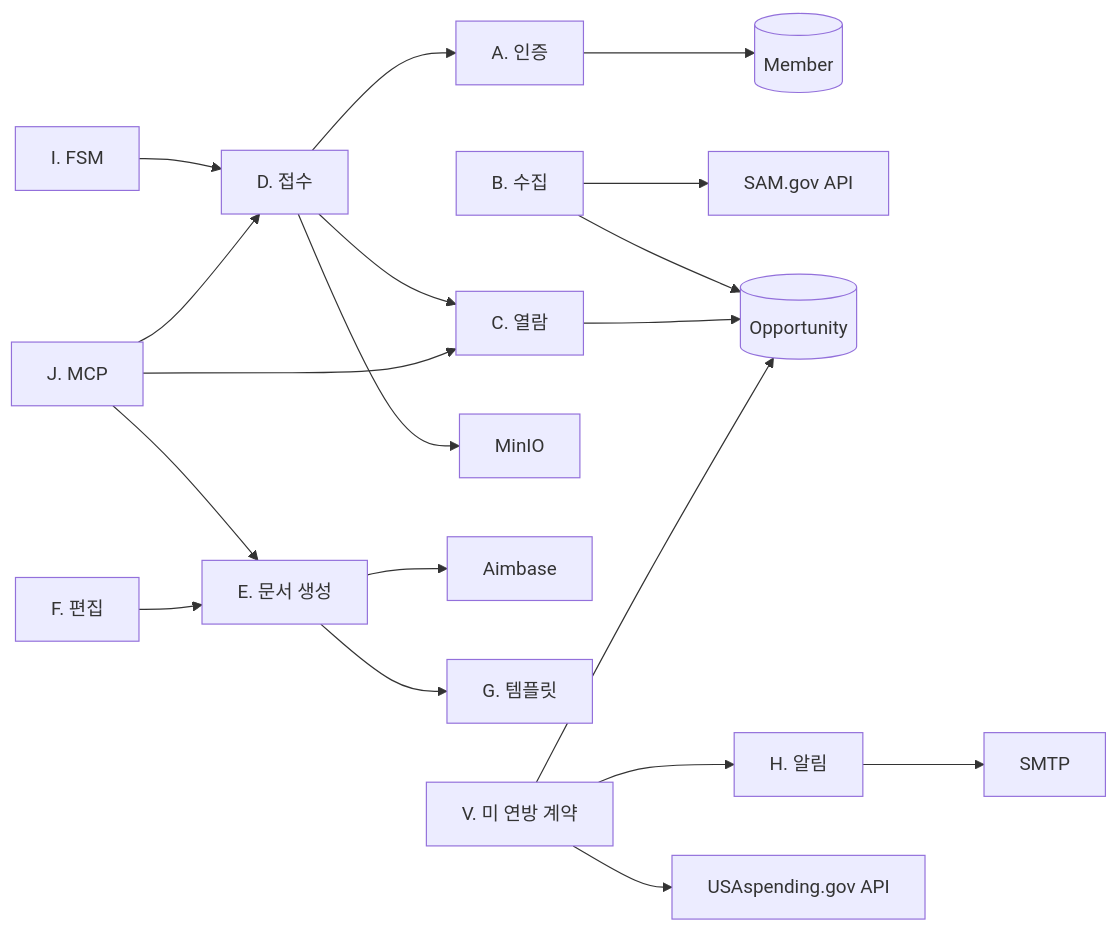
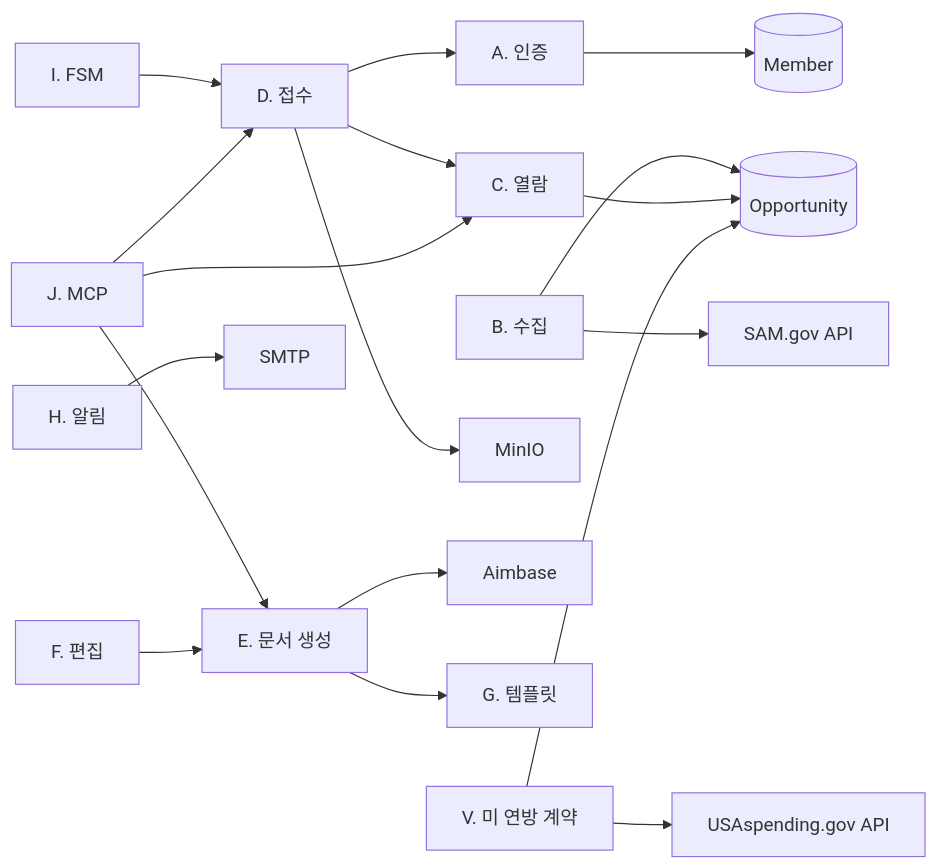
One commit to johnnykim7/wjbid changed the first of 2 diagrams in docs/execution-spec.md. Above: the diagram before and after it, drawn with Mermaid. The commit also changed other lines of this file and 15 other files, not shown here.

````diff
--- a/docs/execution-spec.md
+++ b/docs/execution-spec.md
@@ -439,21 +440,21 @@
 ```mermaid
 flowchart LR
     AUTH[A. 인증] --> MEMBER_DB[(Member)]
     COLLECT[B. 수집] --> SAM[SAM.gov API]
     COLLECT --> OPP_DB[(Opportunity)]
     BROWSE[C. 열람] --> OPP_DB
     BID[D. 접수] --> AUTH
     BID --> BROWSE
     BID --> MINIO[MinIO]
     FSM[I. FSM] --> BID
     MCP[J. MCP] --> BROWSE
     MCP[J. MCP] --> BID
     MCP --> DOC[E. 문서 생성]
     DOC --> AIMBASE[Aimbase]
     DOC --> TPL[G. 템플릿]
     EDIT[F. 편집] --> DOC
     NOTIFY[H. 알림] --> SMTP[SMTP]
     FED[V. 미 연방 계약] --> USA[USAspending.gov API]
-    FED --> NOTIFY
+    %% CR-147 폐기: FED --> NOTIFY
     FED --> OPP_DB
 ```
````
